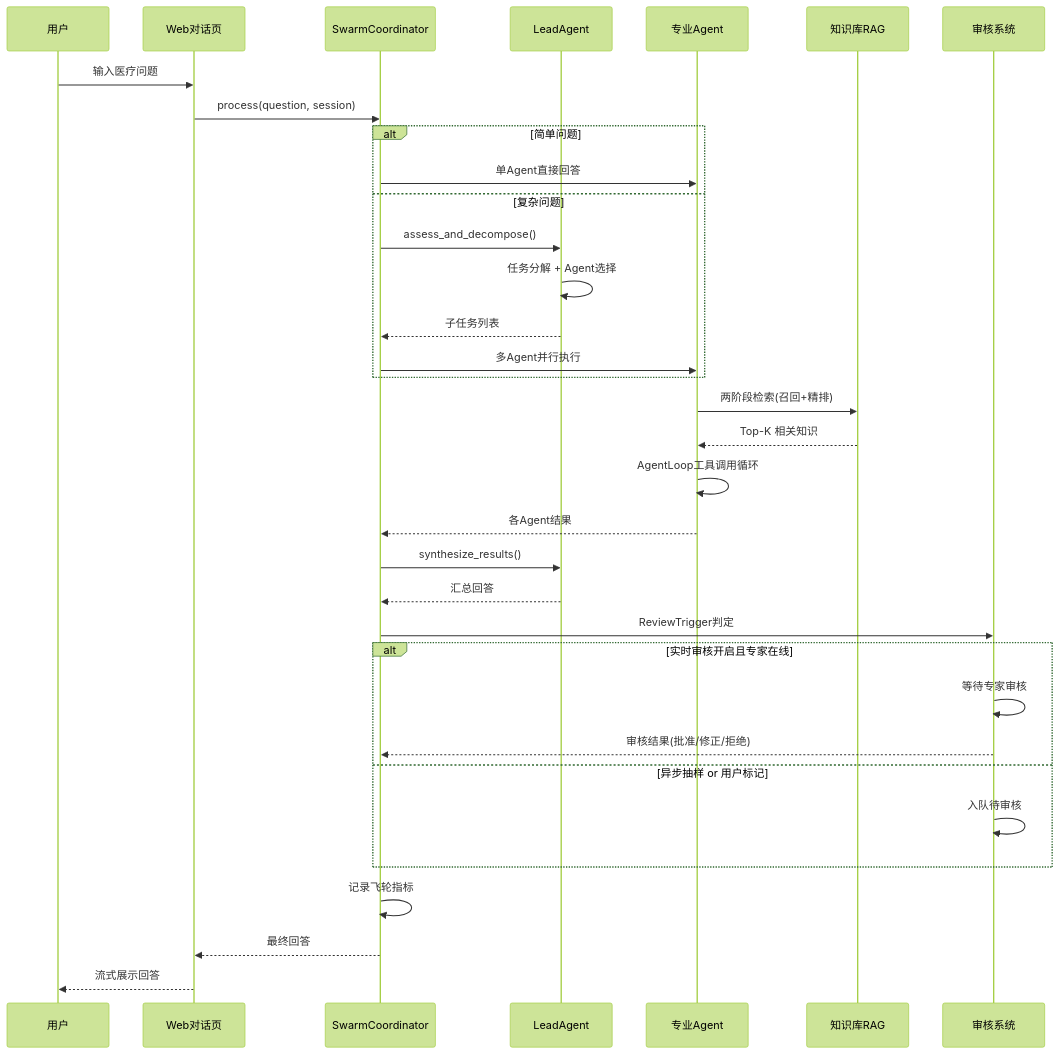
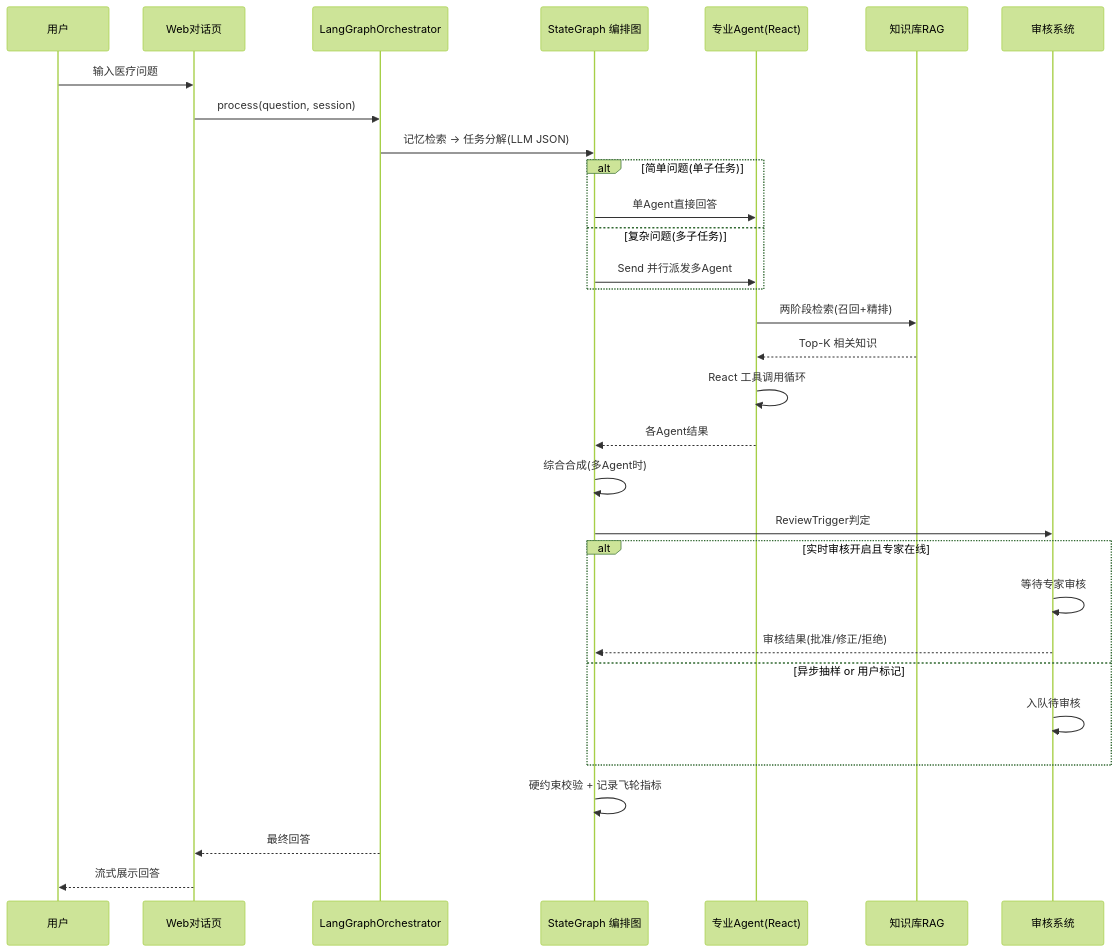
One commit to Cecil09312/medicalAgent changed the second of 5 diagrams in medicalAgent/README.md. Above: the diagram before and after it, drawn with Mermaid (forest theme). The commit also changed other lines of this file and 46 other files, not shown here.

````diff
--- a/medicalAgent/README.md
+++ b/medicalAgent/README.md
@@ -83,41 +83,38 @@
 ```mermaid
 sequenceDiagram
     participant U as 用户
     participant W as Web对话页
-    participant C as SwarmCoordinator
-    participant L as LeadAgent
-    participant A as 专业Agent
+    participant O as LangGraphOrchestrator
+    participant G as StateGraph 编排图
+    participant A as 专业Agent(React)
     participant K as 知识库RAG
     participant R as 审核系统
 
     U->>W: 输入医疗问题
-    W->>C: process(question, session)
+    W->>O: process(question, session)
+    O->>G: 记忆检索 → 任务分解(LLM JSON)
 
-    alt 简单问题
-        C->>A: 单Agent直接回答
-    else 复杂问题
-        C->>L: assess_and_decompose()
-        L->>L: 任务分解 + Agent选择
-        L-->>C: 子任务列表
-        C->>A: 多Agent并行执行
+    alt 简单问题(单子任务)
+        G->>A: 单Agent直接回答
+    else 复杂问题(多子任务)
+        G->>A: Send 并行派发多Agent
     end
 
     A->>K: 两阶段检索(召回+精排)
     K-->>A: Top-K 相关知识
-    A->>A: AgentLoop工具调用循环
-    A-->>C: 各Agent结果
-    C->>L: synthesize_results()
-    L-->>C: 汇总回答
+    A->>A: React 工具调用循环
+    A-->>G: 各Agent结果
+    G->>G: 综合合成(多Agent时)
 
-    C->>R: ReviewTrigger判定
+    G->>R: ReviewTrigger判定
     alt 实时审核开启且专家在线
         R->>R: 等待专家审核
-        R-->>C: 审核结果(批准/修正/拒绝)
+        R-->>G: 审核结果(批准/修正/拒绝)
     else 异步抽样 or 用户标记
         R->>R: 入队待审核
     end
 
-    C->>C: 记录飞轮指标
-    C-->>W: 最终回答
+    G->>G: 硬约束校验 + 记录飞轮指标
+    O-->>W: 最终回答
     W-->>U: 流式展示回答
 ```
````
